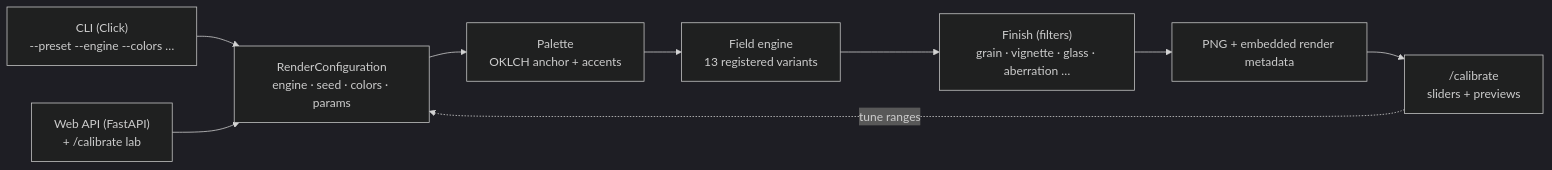
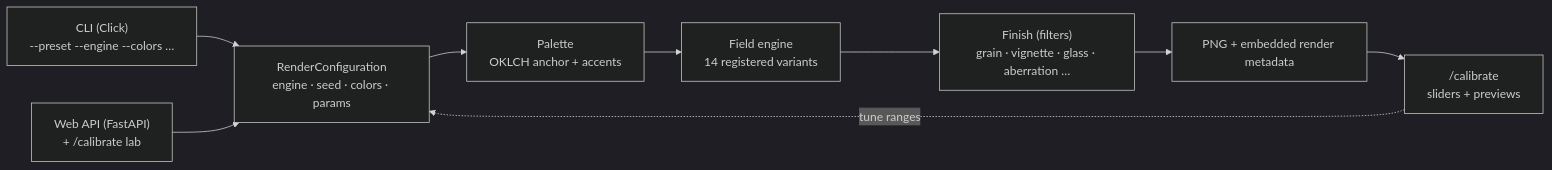
Before and after one commit to icherniukh/wp-generator: the diagram in README.md, drawn with Mermaid (dark theme). The commit also changed other lines of this file and 9 other files, not shown here.

````diff
--- a/README.md
+++ b/README.md
@@ -119,11 +119,11 @@
 ```mermaid
 flowchart LR
     CLI["CLI (Click)\n--preset --engine --colors …"] --> CFG["RenderConfiguration\nengine · seed · colors · params"]
     WEB["Web API (FastAPI)\n+ /calibrate lab"] --> CFG
     CFG --> PAL["Palette\nOKLCH anchor + accents"]
-    PAL --> ENG["Field engine\n13 registered variants"]
+    PAL --> ENG["Field engine\n14 registered variants"]
     ENG --> FX["Finish (filters)\ngrain · vignette · glass · aberration …"]
     FX --> OUT["PNG + embedded render metadata"]
     OUT --> CAL["/calibrate\nsliders + previews"]
     CAL -.->|"tune ranges"| CFG
 ```
````
